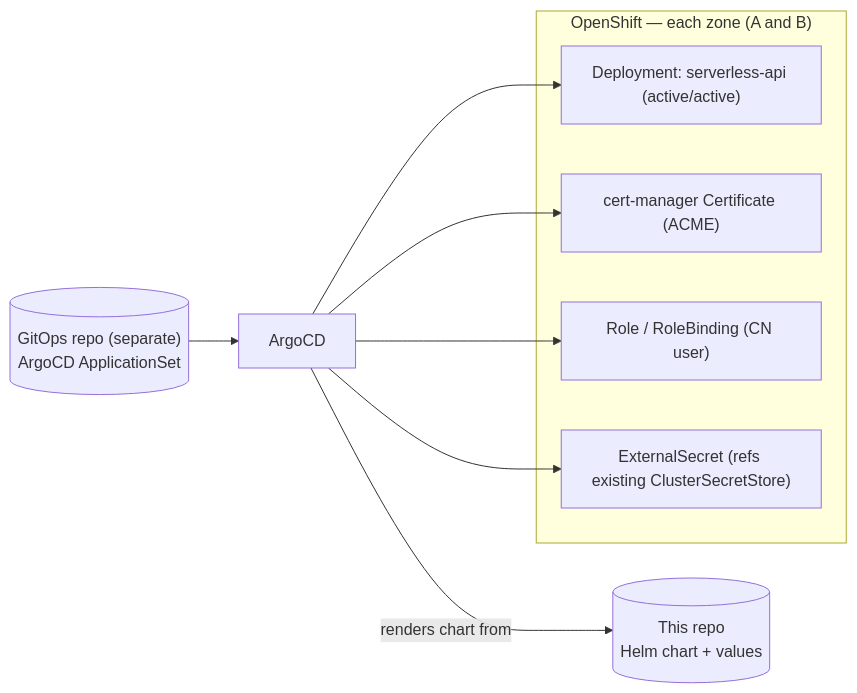
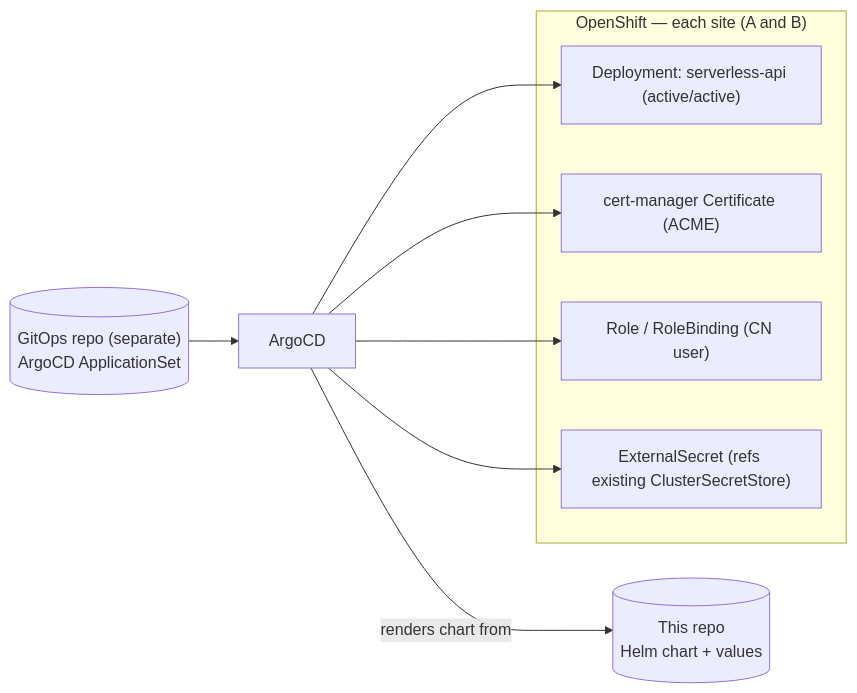
The eighth of 8 diagrams in docs/ARCHITECTURE.md (black-cloudlet/serverless), drawn with Mermaid before and after one commit. The commit also changed other lines of this file and 23 other files, not shown here.

First line of the commit message:
refactor: rename rhbk->sso and zone->site

````diff
--- a/docs/ARCHITECTURE.md
+++ b/docs/ARCHITECTURE.md
@@ -587,18 +587,18 @@
 ```mermaid
 flowchart LR
     GITAPP[("GitOps repo (separate)<br/>ArgoCD ApplicationSet")]
     GITHELM[("This repo<br/>Helm chart + values")]
     ARGO["ArgoCD"]
-    subgraph Cluster["OpenShift — each zone (A and B)"]
+    subgraph Cluster["OpenShift — each site (A and B)"]
         DEP["Deployment: serverless-api (active/active)"]
         CERT["cert-manager Certificate (ACME)"]
         RBAC["Role / RoleBinding (CN user)"]
         ESOC["ExternalSecret (refs existing ClusterSecretStore)"]
     end
     GITAPP --> ARGO
     ARGO -->|renders chart from| GITHELM
     ARGO --> DEP
     ARGO --> CERT
     ARGO --> RBAC
     ARGO --> ESOC
 ```
````
